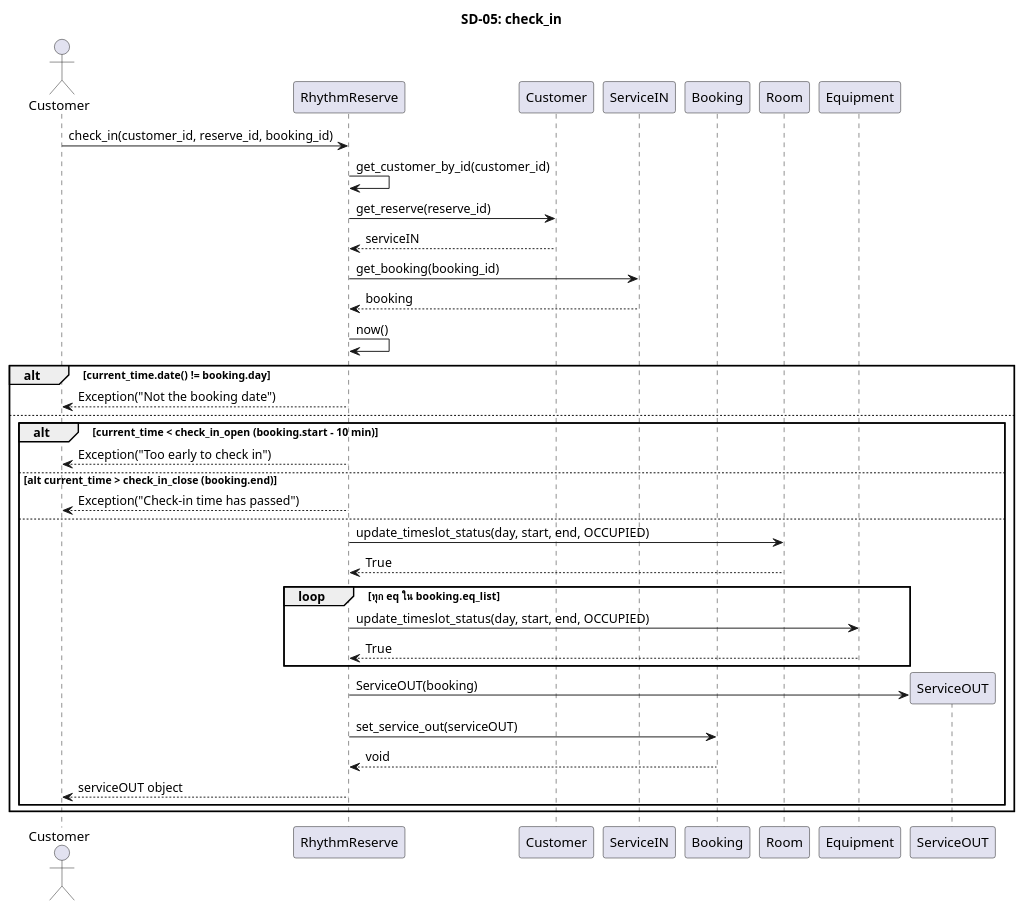
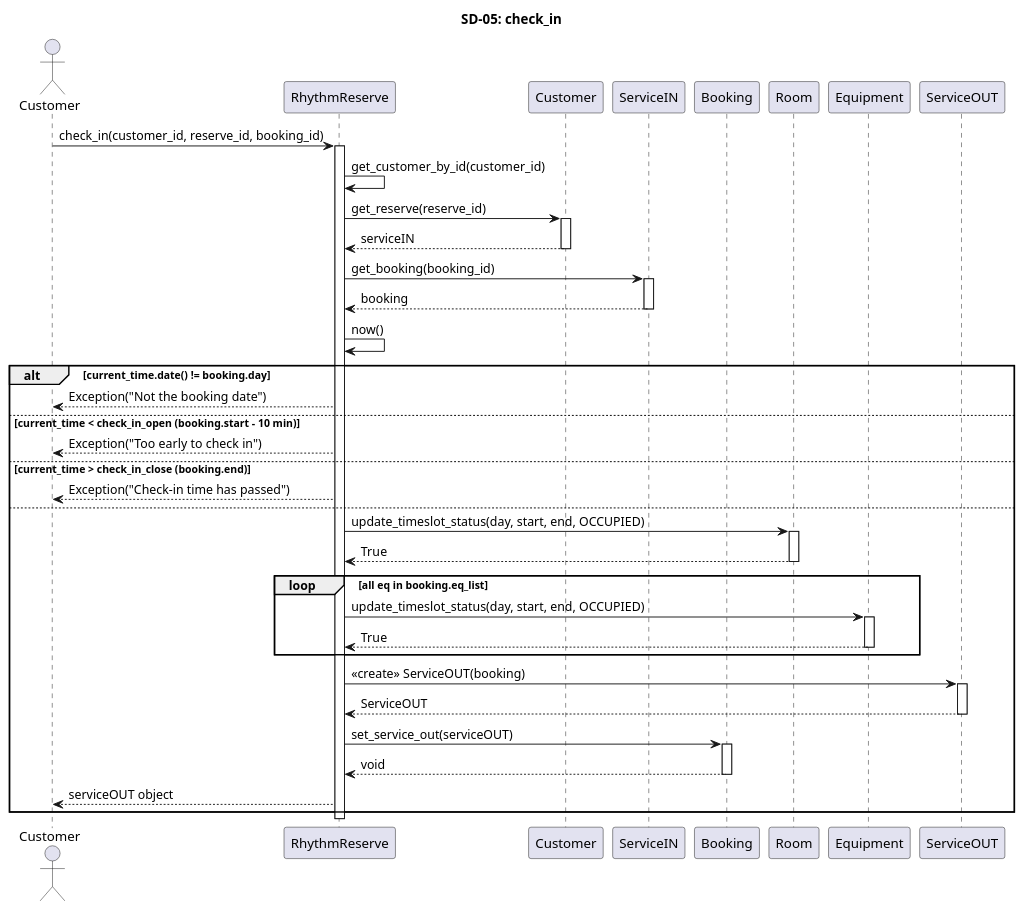
Before and after one commit to pjngth998/RhythmReserve: the diagram in diagram/sequence_diagram/9final_sequence/sd_05_check_in.puml, drawn with PlantUML. The commit also changed 4 other files, not shown here.

```diff
--- a/diagram/sequence_diagram/9final_sequence/sd_05_check_in.puml
+++ b/diagram/sequence_diagram/9final_sequence/sd_05_check_in.puml
@@ -1,48 +1,61 @@
 @startuml
 title SD-05: check_in
 
 actor Customer as C
 participant "RhythmReserve" as RR
 participant "Customer" as CUS
 participant "ServiceIN" as SIN
 participant "Booking" as BK
 participant "Room" as RM
 participant "Equipment" as EQ
 participant "ServiceOUT" as SOUT
 
 C -> RR : check_in(customer_id, reserve_id, booking_id)
-
+activate RR
 RR -> RR : get_customer_by_id(customer_id)
 RR -> CUS : get_reserve(reserve_id)
+activate CUS
 CUS --> RR : serviceIN
+deactivate CUS
 
 RR -> SIN : get_booking(booking_id)
+activate SIN
 SIN --> RR : booking
+deactivate SIN
 
 RR -> RR : now()
 
 alt current_time.date() != booking.day
     RR --> C : Exception("Not the booking date")
+else current_time < check_in_open (booking.start - 10 min)
+        RR --> C : Exception("Too early to check in")
+else current_time > check_in_close (booking.end)
+        RR --> C : Exception("Check-in time has passed")
 else
-    alt current_time < check_in_open (booking.start - 10 min)
-        RR --> C : Exception("Too early to check in")
-    else alt current_time > check_in_close (booking.end)
-        RR --> C : Exception("Check-in time has passed")
-    else
-        RR -> RM : update_timeslot_status(day, start, end, OCCUPIED)
-        RM --> RR : True
+    RR -> RM : update_timeslot_status(day, start, end, OCCUPIED)
+    activate RM
+    RM --> RR : True
+    deactivate RM
 
-        loop ทุก eq ใน booking.eq_list
-            RR -> EQ : update_timeslot_status(day, start, end, OCCUPIED)
-            EQ --> RR : True
-        end
+    loop all eq in booking.eq_list
+        RR -> EQ : update_timeslot_status(day, start, end, OCCUPIED)
+        activate EQ
+        EQ --> RR : True
+        deactivate EQ
+    end
 
-        RR -> SOUT ** : ServiceOUT(booking)
-        RR -> BK : set_service_out(serviceOUT)
-        BK --> RR : void
+    RR -> SOUT : <<create>> ServiceOUT(booking)
+    activate SOUT
+    SOUT --> RR : ServiceOUT
+    deactivate SOUT
 
-        RR --> C : serviceOUT object
-    end
+    RR -> BK : set_service_out(serviceOUT)
+    activate BK
+    BK --> RR : void
+    deactivate BK
+
+    RR --> C : serviceOUT object
 end
+deactivate RR
 
 @enduml
```
